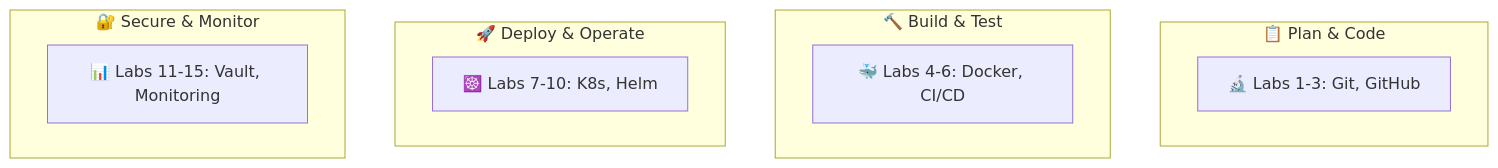
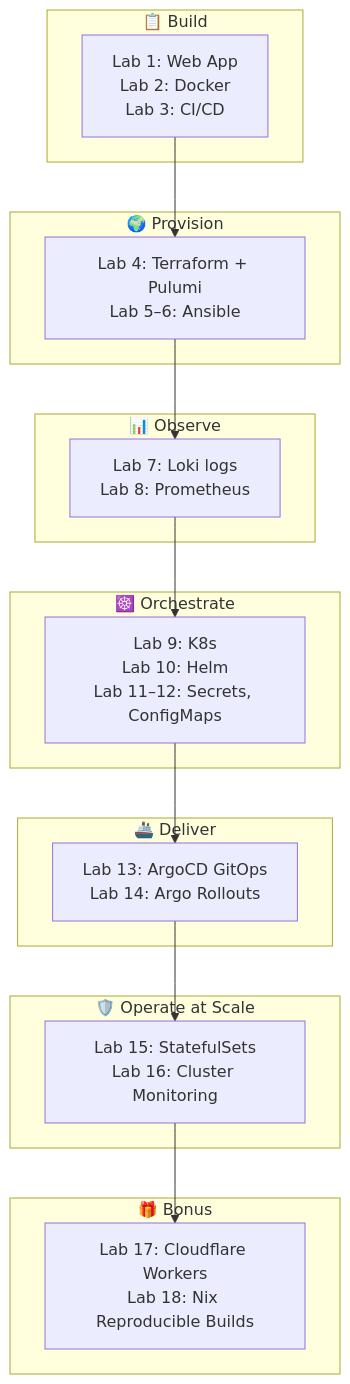
One commit to inno-devops-labs/DevOps-Core-Course changed diagram 11 of 14 in lectures/lec1.md. Above: the diagram before and after it, drawn with Mermaid. The commit also changed other lines of this file and 24 other files, not shown here.

````diff
--- a/lectures/lec1.md
+++ b/lectures/lec1.md
@@ -519,15 +412,25 @@
 ```mermaid
 flowchart TD
-  subgraph "📋 Plan & Code"
-    L1[🔬 Labs 1-3: Git, GitHub]
+  subgraph "📋 Build"
+    L1[Lab 1: Web App<br/>Lab 2: Docker<br/>Lab 3: CI/CD]
   end
-  subgraph "🔨 Build & Test"
-    L2[🐳 Labs 4-6: Docker, CI/CD]
+  subgraph "🌍 Provision"
+    L2[Lab 4: Terraform + Pulumi<br/>Lab 5–6: Ansible]
   end
-  subgraph "🚀 Deploy & Operate"
-    L3[☸️ Labs 7-10: K8s, Helm]
+  subgraph "📊 Observe"
+    L3[Lab 7: Loki logs<br/>Lab 8: Prometheus]
   end
-  subgraph "🔐 Secure & Monitor"
-    L4[📊 Labs 11-15: Vault, Monitoring]
+  subgraph "☸️ Orchestrate"
+    L4[Lab 9: K8s<br/>Lab 10: Helm<br/>Lab 11–12: Secrets, ConfigMaps]
   end
+  subgraph "🚢 Deliver"
+    L5[Lab 13: ArgoCD GitOps<br/>Lab 14: Argo Rollouts]
+  end
+  subgraph "🛡️ Operate at Scale"
+    L6[Lab 15: StatefulSets<br/>Lab 16: Cluster Monitoring]
+  end
+  subgraph "🎁 Bonus"
+    L7[Lab 17: Cloudflare Workers<br/>Lab 18: Nix Reproducible Builds]
+  end
+  L1 --> L2 --> L3 --> L4 --> L5 --> L6 --> L7
 ```
````
